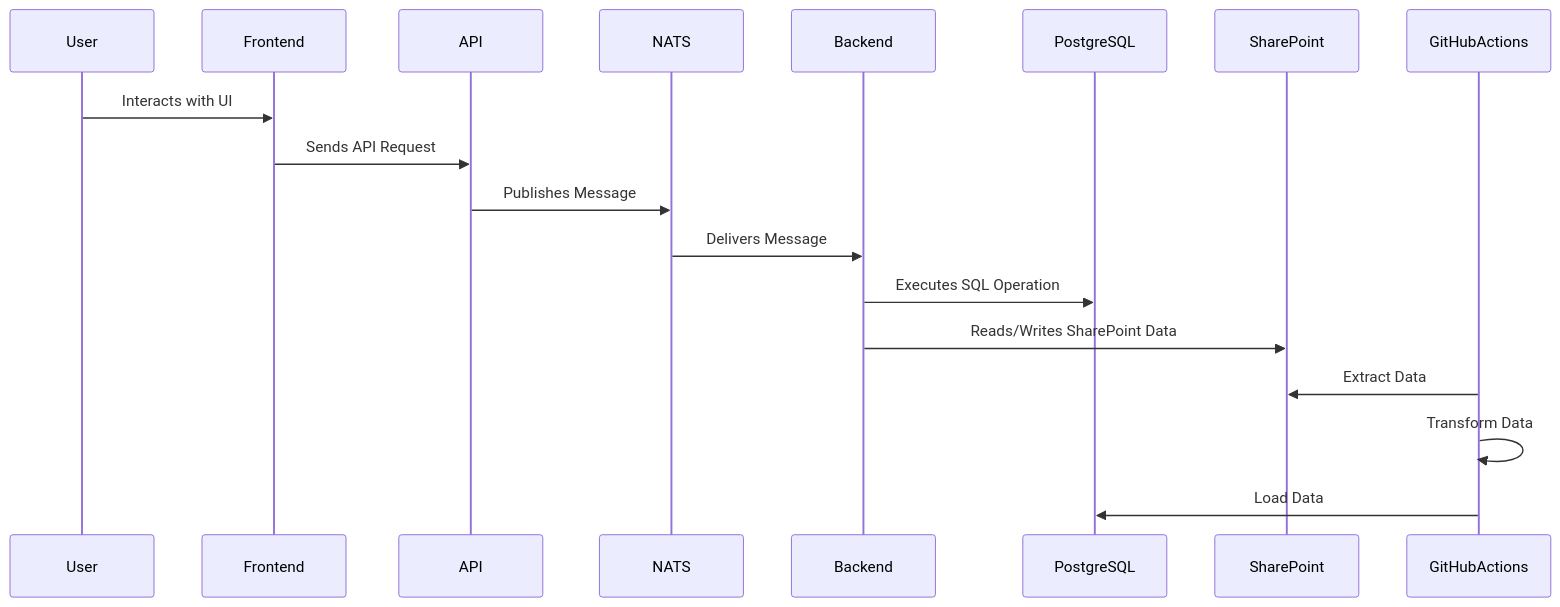
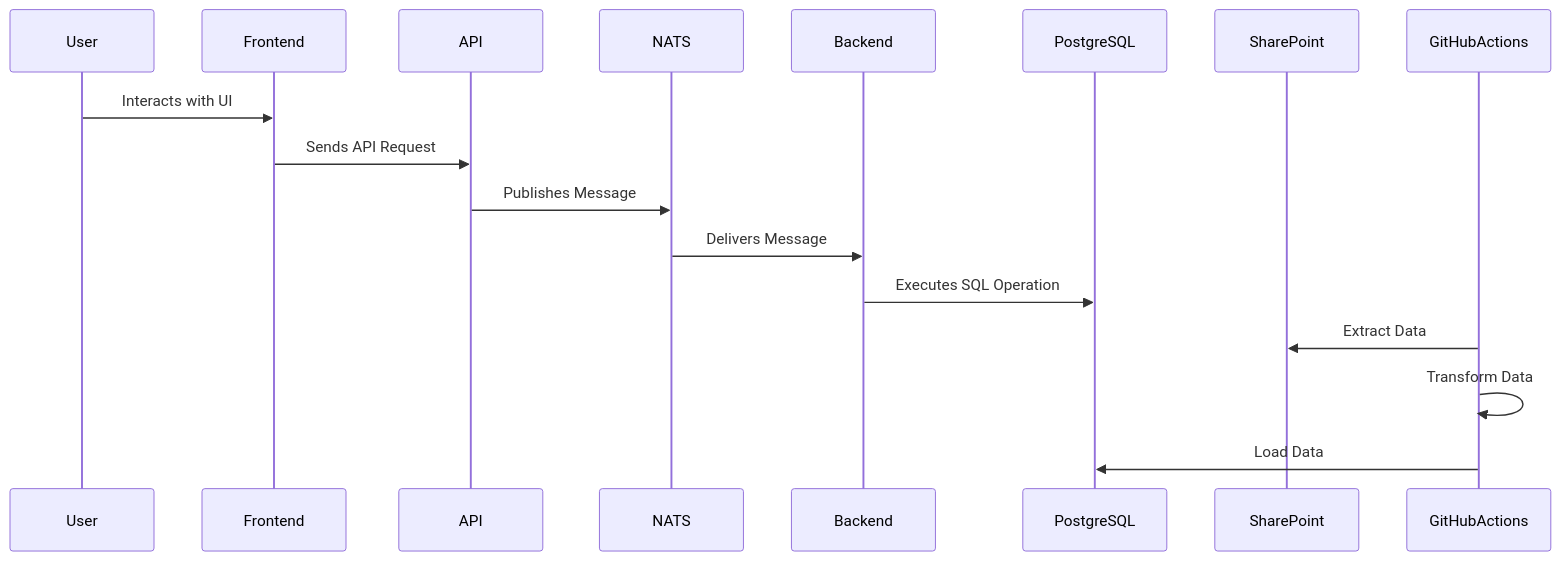
One commit to nexi-intra/nexi-toolsv2 changed the fourth of 4 diagrams in readme.md. Above: the diagram before and after it, drawn with Mermaid. The commit also changed other lines of this file, not shown here.

````diff
--- a/readme.md
+++ b/readme.md
@@ -124,21 +123,20 @@
 ```mermaid
 sequenceDiagram
     participant User
     participant Frontend
     participant API
     participant NATS
     participant Backend
     participant PostgreSQL
     participant SharePoint
     participant GitHubActions
 
     User->>Frontend: Interacts with UI
     Frontend->>API: Sends API Request
     API->>NATS: Publishes Message
     NATS->>Backend: Delivers Message
     Backend->>PostgreSQL: Executes SQL Operation
-    Backend->>SharePoint: Reads/Writes SharePoint Data
     GitHubActions->>SharePoint: Extract Data
     GitHubActions->>GitHubActions: Transform Data
     GitHubActions->>PostgreSQL: Load Data
 ```
````
